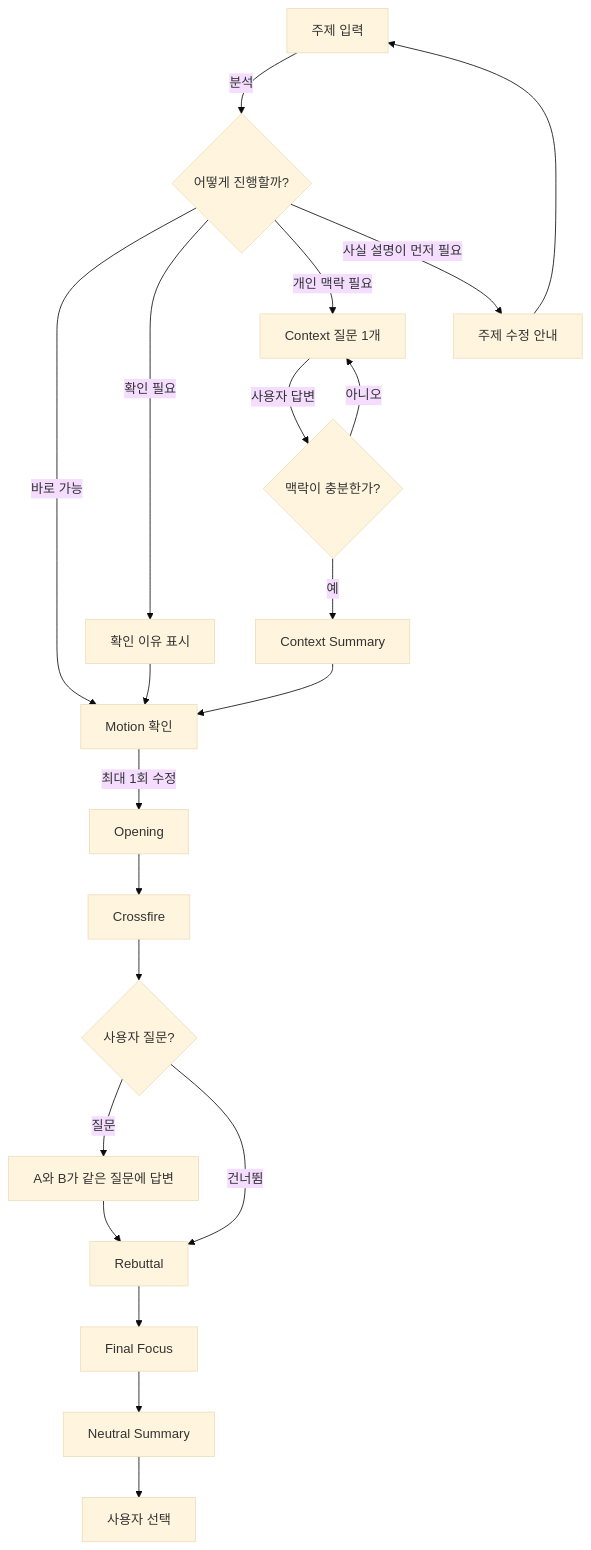
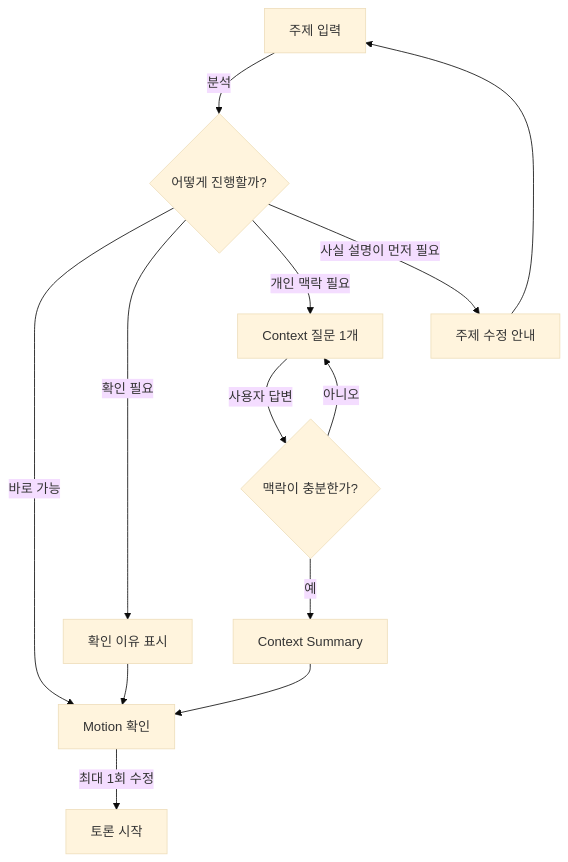
The first of 11 diagrams in README.md (hodob/A1-3), drawn with Mermaid (base theme) before and after one commit. The commit also changed other lines of this file, not shown here.

Commit message:
Refine README readability with multi-view architecture hierarchy

````diff
--- a/README.md
+++ b/README.md
@@ -38,27 +41,17 @@
 ```mermaid
 flowchart TD
     A[주제 입력] -->|분석| B{어떻게 진행할까?}
-
     B -->|바로 가능| M[Motion 확인]
     B -->|확인 필요| C[확인 이유 표시]
     C --> M
 
     B -->|개인 맥락 필요| D[Context 질문 1개]
     D -->|사용자 답변| E{맥락이 충분한가?}
     E -->|아니오| D
     E -->|예| F[Context Summary]
     F --> M
 
     B -->|사실 설명이 먼저 필요| I[주제 수정 안내]
     I --> A
-
-    M -->|최대 1회 수정| O[Opening]
-    O --> X[Crossfire]
-    X --> Q{사용자 질문?}
-    Q -->|질문| AQ[A와 B가 같은 질문에 답변]
-    Q -->|건너뜀| R[Rebuttal]
-    AQ --> R
-    R --> FF[Final Focus]
-    FF --> S[Neutral Summary]
-    S --> U[사용자 선택]
+    M -->|최대 1회 수정| Z[토론 시작]
 ```
````
